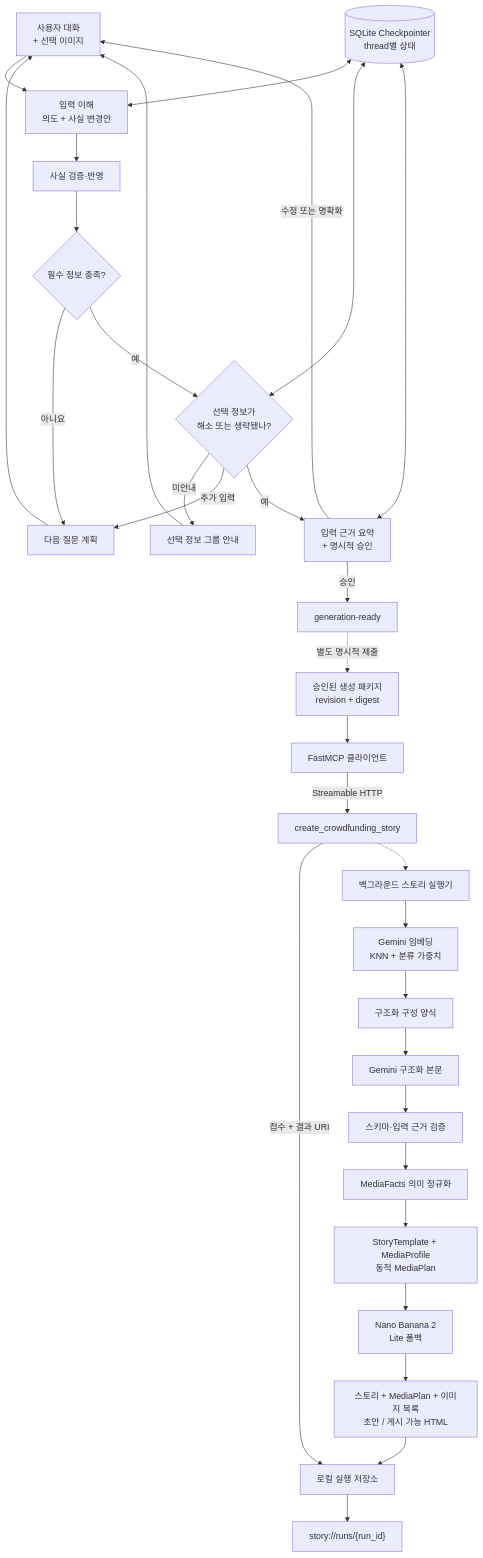
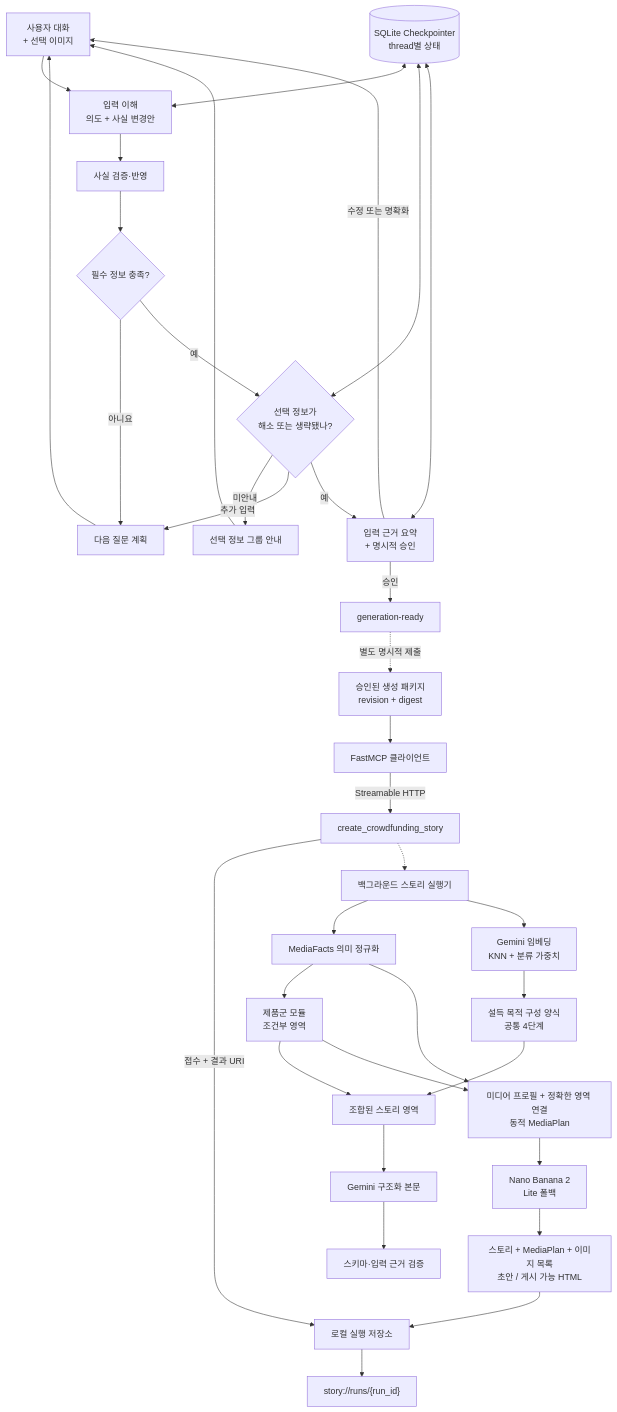
The diagram in i18n/README-KR.md (KT-Cloud-Tech-Up-team6/funding-story-ai), drawn with Mermaid before and after one commit. The commit also changed other lines of this file and 3 other files, not shown here.

Commit message:
Document the layered story architecture

````diff
--- a/i18n/README-KR.md
+++ b/i18n/README-KR.md
@@ -157,37 +159,41 @@
 ```mermaid
 flowchart TB
     U["사용자 대화<br/>+ 선택 이미지"] --> X["입력 이해<br/>의도 + 사실 변경안"]
     X --> F["사실 검증·반영"]
     F --> Q{"필수 정보 충족?"}
     Q -->|아니요| N["다음 질문 계획"]
     N --> U
     Q -->|예| O{"선택 정보가<br/>해소 또는 생략됐나?"}
     O -->|미안내| L["선택 정보 그룹 안내"]
     O -->|추가 입력| N
     L --> U
     O -->|예| A["입력 근거 요약<br/>+ 명시적 승인"]
     A -->|수정 또는 명확화| U
     A -->|승인| R["generation-ready"]
 
     CP[("SQLite Checkpointer<br/>thread별 상태")]
     CP <--> X
     CP <--> O
     CP <--> A
 
     R -.->|"별도 명시적 제출"| B["승인된 생성 패키지<br/>revision + digest"]
     B --> MC["FastMCP 클라이언트"]
     MC -->|"Streamable HTTP"| M["create_crowdfunding_story"]
     M -->|"접수 + 결과 URI"| S["로컬 실행 저장소"]
     M -.-> E["백그라운드 스토리 실행기"]
 
+    E --> NF["MediaFacts 의미 정규화"]
     E --> K["Gemini 임베딩<br/>KNN + 분류 가중치"]
-    K --> T["구조화 구성 양식"]
-    T --> G["Gemini 구조화 본문"]
+    K --> PT["설득 목적 구성 양식<br/>공통 4단계"]
+    NF --> CM["제품군 모듈<br/>조건부 영역"]
+    PT --> CT["조합된 스토리 영역"]
+    CM --> CT
+    CT --> G["Gemini 구조화 본문"]
     G --> V["스키마·입력 근거 검증"]
-    V --> NF["MediaFacts 의미 정규화"]
-    NF --> MP["StoryTemplate + MediaProfile<br/>동적 MediaPlan"]
+    CM --> MP["미디어 프로필 + 정확한 영역 연결<br/>동적 MediaPlan"]
+    NF --> MP
     MP --> I["Nano Banana 2<br/>Lite 폴백"]
     I --> H["스토리 + MediaPlan + 이미지 목록<br/>초안 / 게시 가능 HTML"]
     H --> S
     S --> Z["story://runs/{run_id}"]
 ```
````
